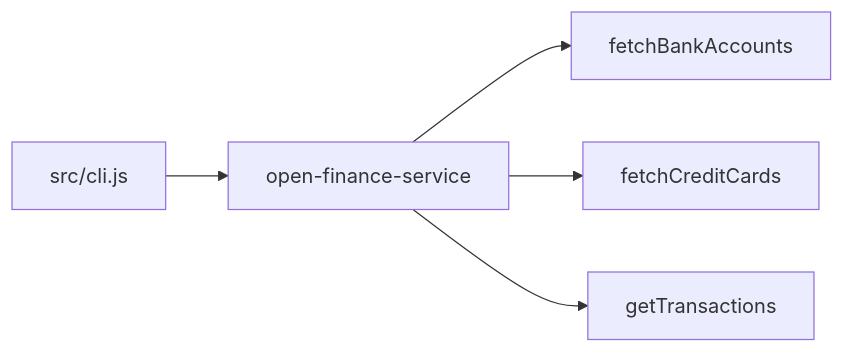
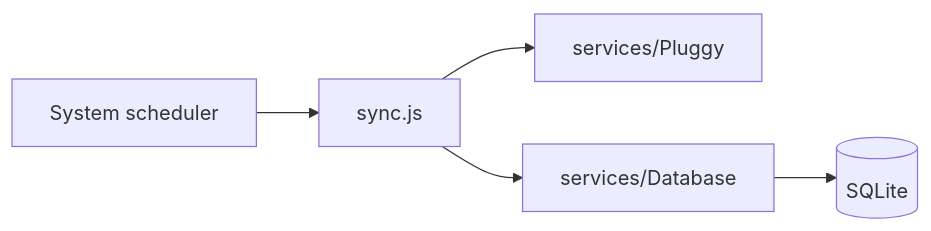
Before and after one commit to leaofelipe/open-finance-sync: the diagram in README.md, drawn with Mermaid. The commit also changed other lines of this file and 22 other files, not shown here.

First line of the commit message:
Refactor Pluggy sync to Bun with SQLite and modular services

````diff
--- a/README.md
+++ b/README.md
@@ -17,9 +19,12 @@
 ```mermaid
 flowchart LR
-  cli[src/cli.js]
-  svc[open-finance-service]
-  cli --> svc
-  svc --> bank[fetchBankAccounts]
-  svc --> card[fetchCreditCards]
-  svc --> tx[getTransactions]
+  sched[System scheduler]
+  sync[sync.js]
+  pluggy[services/Pluggy]
+  dbsvc[services/Database]
+  db[(SQLite)]
+  sched --> sync
+  sync --> pluggy
+  sync --> dbsvc
+  dbsvc --> db
 ```
````
